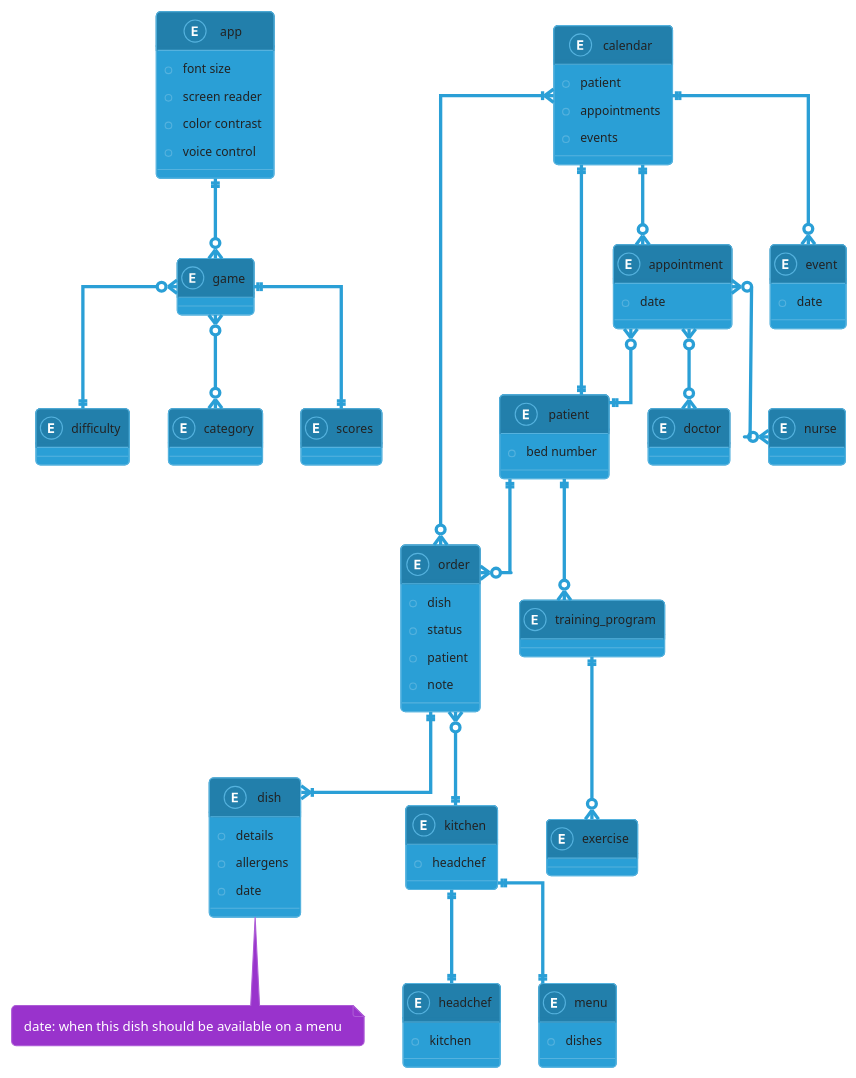
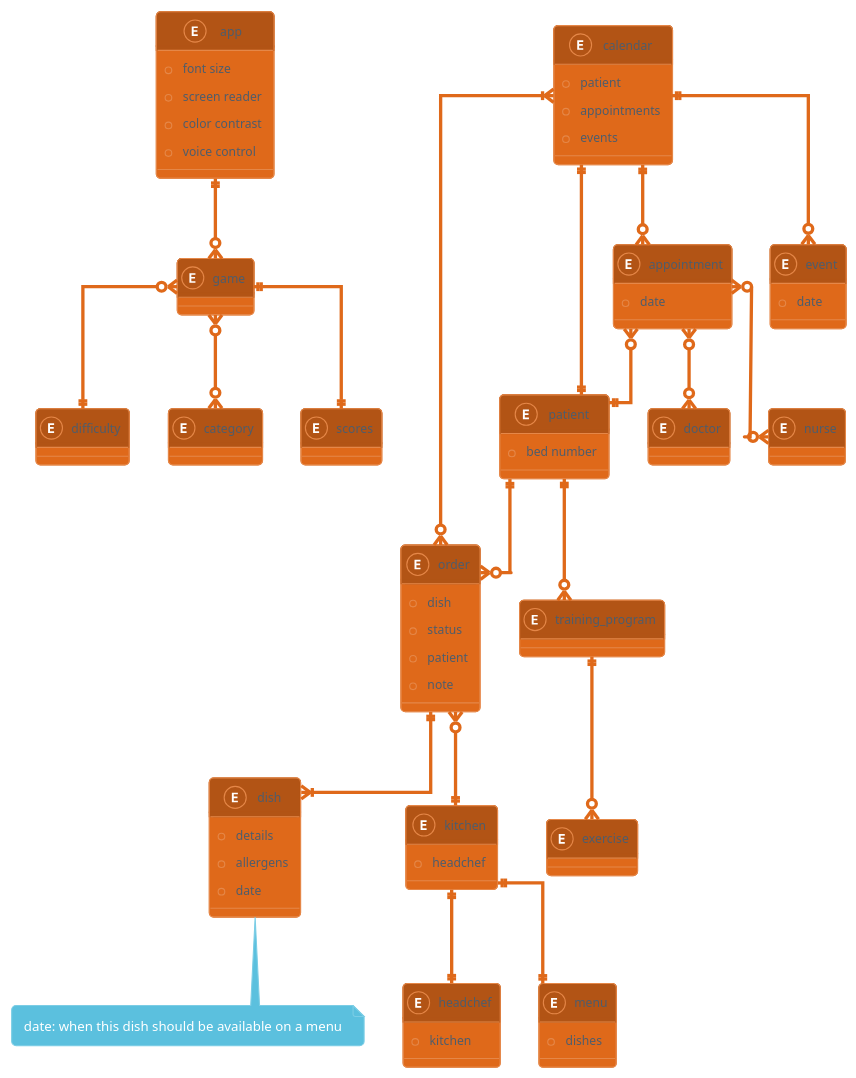
The diagram in puml/domain-model.puml (Oskar123456/SYSDAT-F25-TEAM-G), drawn with PlantUML before and after one commit. The commit also changed 3 other files, not shown here.

Commit message:
update UML

```diff
--- a/puml/domain-model.puml
+++ b/puml/domain-model.puml
@@ -15,117 +15,117 @@
 @startuml
-!theme cyborg
+!theme superhero
 skinparam linetype ortho
 
 entity app {
     +font size
     +screen reader
     +color contrast
     +voice control
 }
 
 entity patient {
     +bed number
 }
 
 entity order {
     +dish
     +status
     +patient
     +note
 }
 
 entity dish {
     +details
     +allergens
     +date
 }
 note bottom: date: when this dish should be available on a menu
 
 entity kitchen {
     +headchef
 }
 
 entity game {
 }
 
 entity difficulty {
 }
 
 entity category {
 }
 
 entity scores {
 }
 
 entity headchef {
     +kitchen
 }
 
 entity menu {
     +dishes
 }
 
 entity calendar {
     +patient
     +appointments
     +events
 }
 
 entity appointment {
     +date
 }
 
 entity event {
     +date
 }
 
 entity doctor {
 }
 
 entity nurse {
 }
 
 entity training_program {
 }
 
 entity exercise {
 }
 
 /' 
 
     RELATIONS
     
 '/
 
 patient ||--o{ order
 order ||--|{ dish
 order }o--|| kitchen
 
 game }o--|| difficulty
 game }o--o{ category
 game ||--|| scores
 
 kitchen ||--|| menu
 kitchen ||--|| headchef
 
 calendar ||--o{ appointment
 calendar ||--o{ event
 calendar ||--|| patient
 calendar }|--o{ order
 
 appointment }o--|| patient
 appointment }o--o{ doctor
 appointment }o--o{ nurse
 
 patient ||--o{ training_program
 training_program ||--o{ exercise
 
 app ||--o{ game
 
 /' 
 
     NOTES 
     
 '/
 
 @enduml
```
